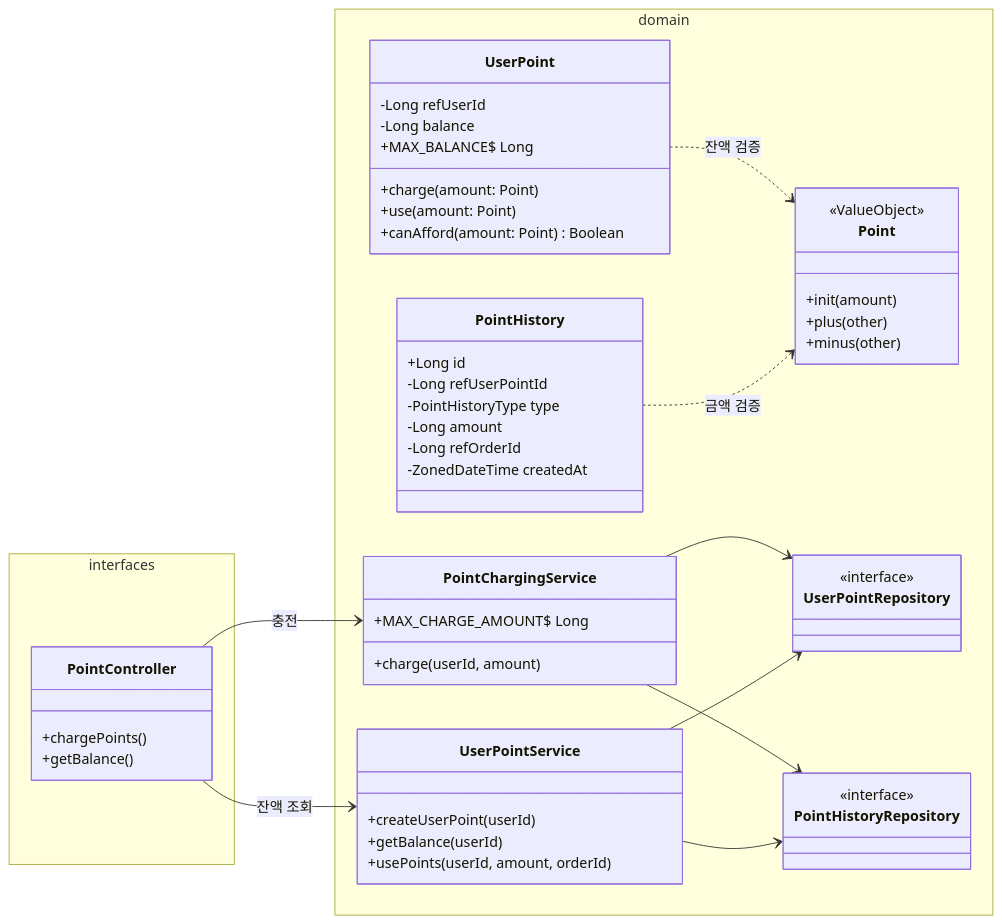
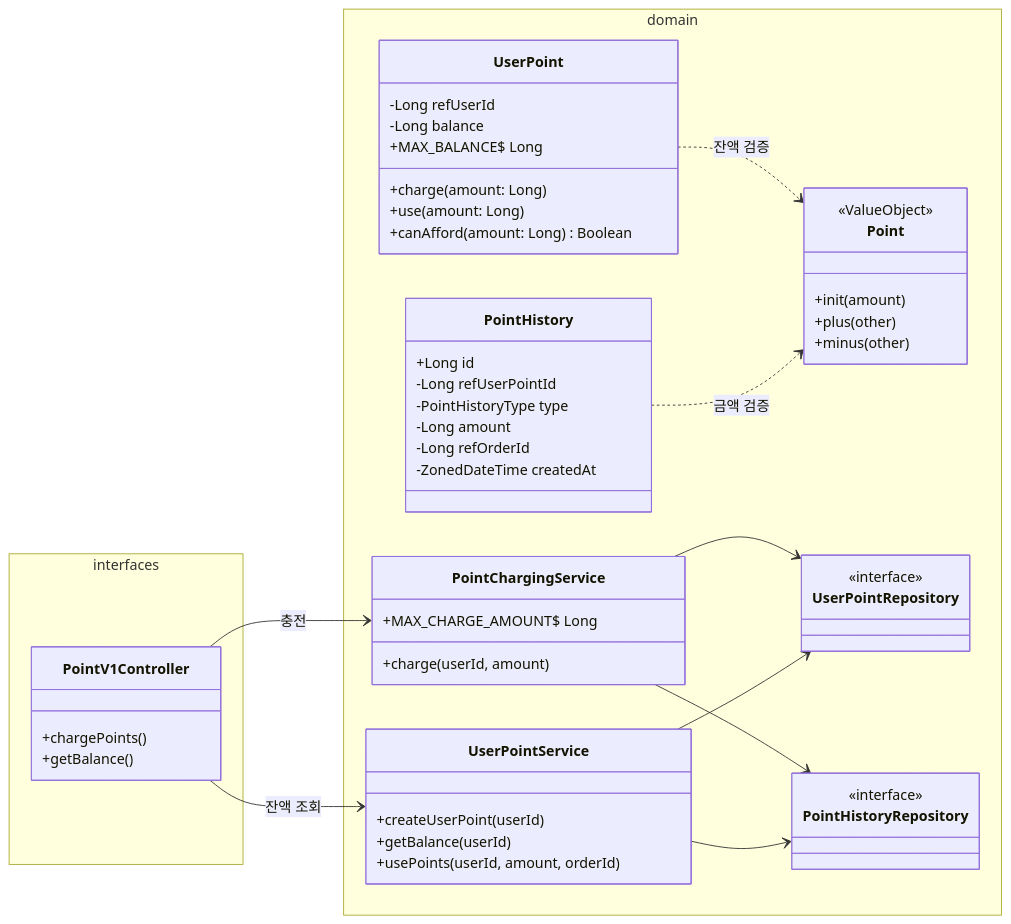
The sixth of 8 diagrams in docs/design/03-class-diagram.md (Loopers-dev-lab/loop-pack-be-l2-vol3-kotlin), drawn with Mermaid before and after one commit. The commit also changed other lines of this file and 7 other files, not shown here.

````diff
--- a/docs/design/03-class-diagram.md
+++ b/docs/design/03-class-diagram.md
@@ -474,60 +487,60 @@
 ```mermaid
 classDiagram
     direction LR
 
     namespace interfaces {
-        class PointController {
+        class PointV1Controller {
             +chargePoints()
             +getBalance()
         }
     }
 
     namespace domain {
         class UserPoint {
             -Long refUserId
             -Long balance
             +MAX_BALANCE$ Long
-            +charge(amount: Point)
-            +use(amount: Point)
-            +canAfford(amount: Point) Boolean
+            +charge(amount: Long)
+            +use(amount: Long)
+            +canAfford(amount: Long) Boolean
         }
         class PointHistory {
             +Long id
             -Long refUserPointId
             -PointHistoryType type
             -Long amount
             -Long refOrderId
             -ZonedDateTime createdAt
         }
         class Point {
             <<ValueObject>>
             +init(amount)
             +plus(other)
             +minus(other)
         }
         class PointChargingService {
             +MAX_CHARGE_AMOUNT$ Long
             +charge(userId, amount)
         }
         class UserPointService {
             +createUserPoint(userId)
             +getBalance(userId)
             +usePoints(userId, amount, orderId)
         }
         class UserPointRepository {
             <<interface>>
         }
         class PointHistoryRepository {
             <<interface>>
         }
     }
 
-    PointController --> PointChargingService: 충전
-    PointController --> UserPointService: 잔액 조회
+    PointV1Controller --> PointChargingService: 충전
+    PointV1Controller --> UserPointService: 잔액 조회
     PointChargingService --> UserPointRepository
     PointChargingService --> PointHistoryRepository
     UserPointService --> UserPointRepository
     UserPointService --> PointHistoryRepository
     UserPoint ..> Point: 잔액 검증
     PointHistory ..> Point: 금액 검증
 ```
````
